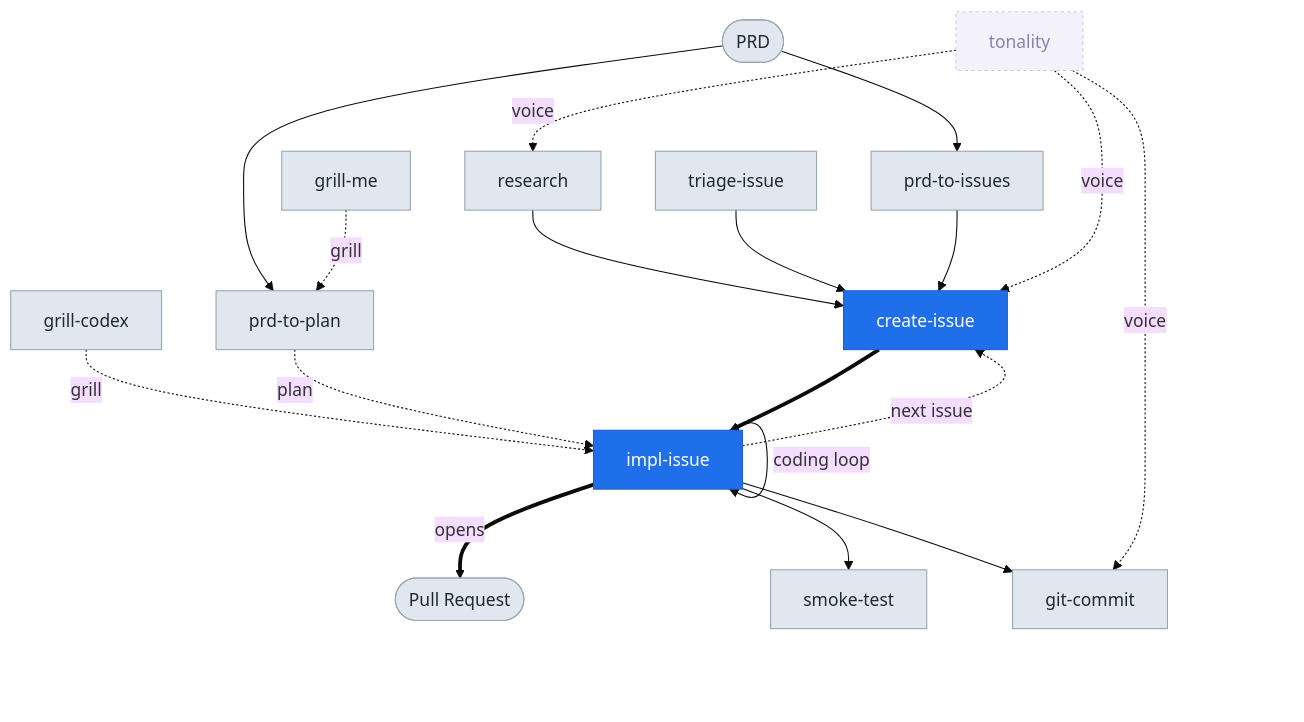
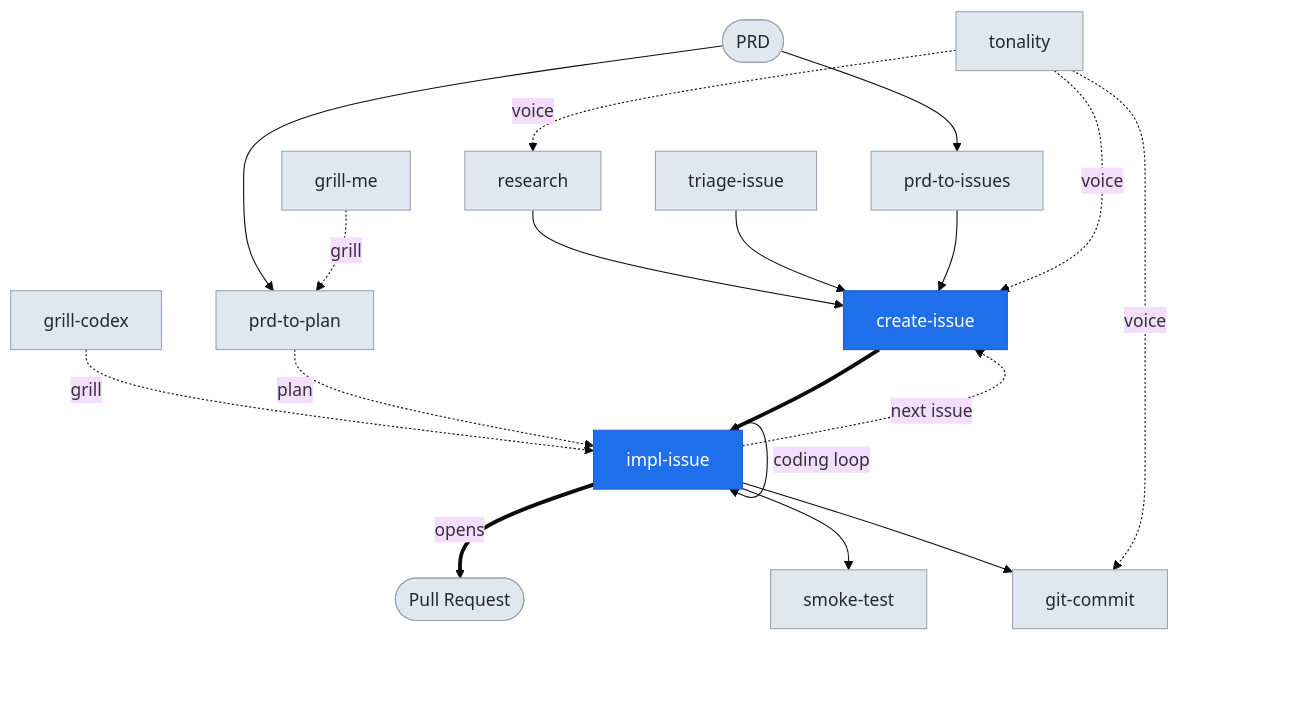
The diagram in README.md (craigtrim/skills), drawn with Mermaid (base theme) before and after one commit.

Commit message:
docs: color every node except create-issue and impl-issue the same

````diff
--- a/README.md
+++ b/README.md
@@ -13,29 +13,28 @@
 ```mermaid
 flowchart TD
     PRD([PRD]) --> P2I[prd-to-issues]
     PRD --> P2P[prd-to-plan]
     RES[research] --> CI[create-issue]
     TRI[triage-issue] --> CI
     P2I --> CI
 
     GM[grill-me] -.grill.-> P2P
     GC[grill-codex] -.grill.-> II
 
     P2P -.plan.-> II[impl-issue]
     CI ==> II
     II ==>|opens| PR([Pull Request])
     II -.next issue.-> CI
     II -->|coding loop| II
     II --> ST[smoke-test]
     II --> GIT[git-commit]
 
-    TON[tonality]:::voice -.voice.-> CI
+    TON[tonality] -.voice.-> CI
     TON -.voice.-> RES
     TON -.voice.-> GIT
 
     classDef core fill:#1f6feb,color:#fff,stroke:#1b5fcf;
     classDef other fill:#e1e7ef,color:#1f2933,stroke:#9aa5b1;
-    classDef voice fill:#f3f1fa,color:#8a82b3,stroke:#cfc7ef,stroke-dasharray:3 3;
     class CI,II core;
-    class PRD,P2I,P2P,RES,TRI,GM,GC,PR,ST,GIT other;
+    class PRD,P2I,P2P,RES,TRI,GM,GC,PR,ST,GIT,TON other;
 ```
````
